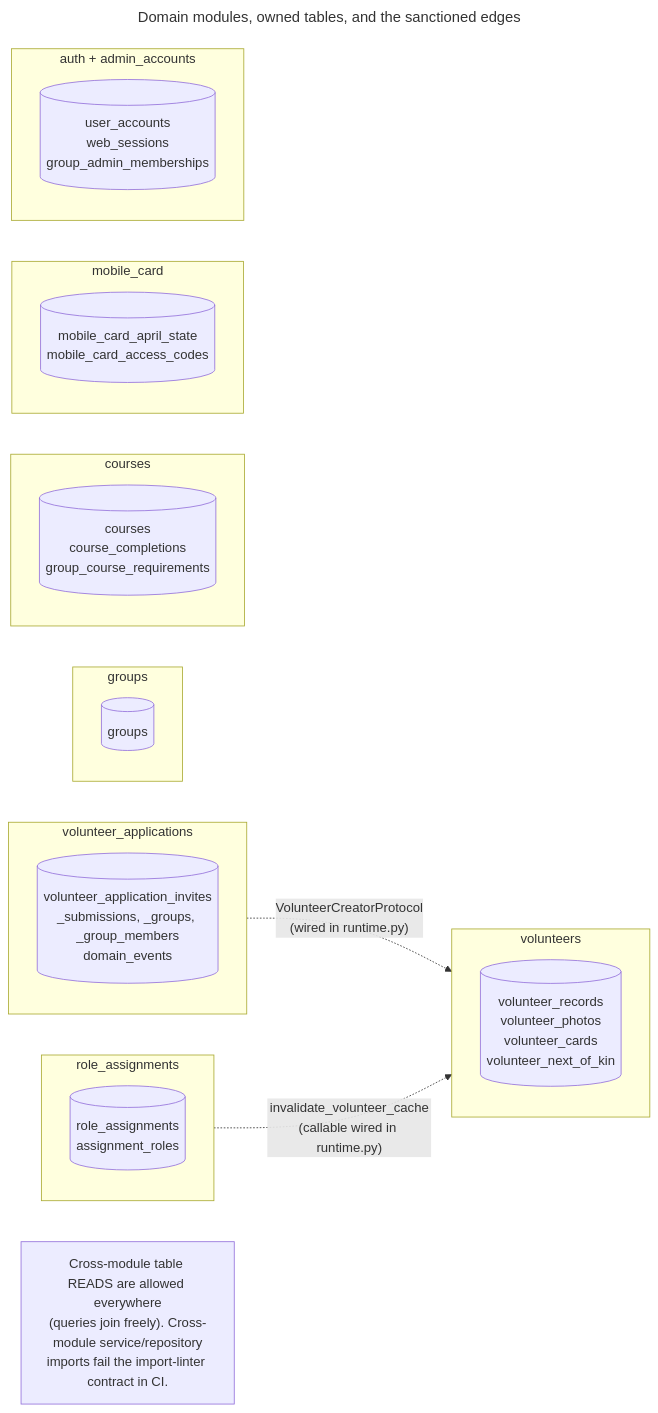
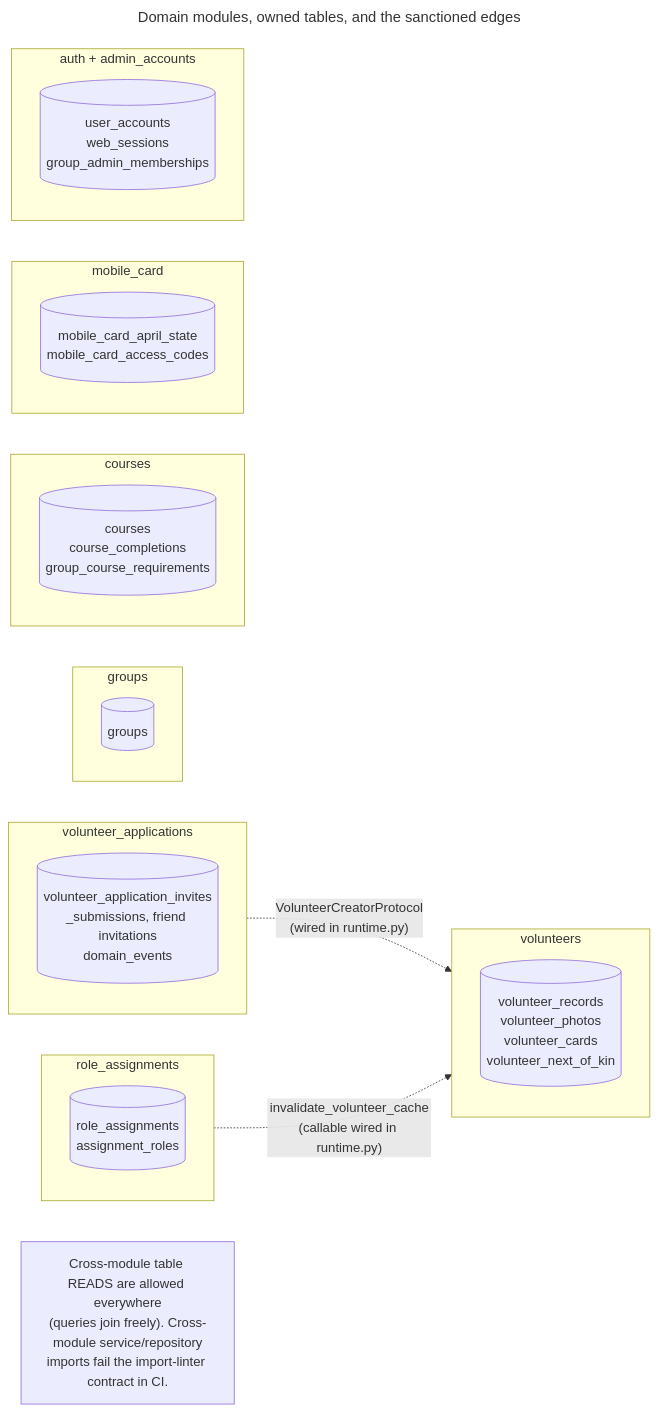
Before and after one commit to kvarteret/kvarteret-personal: the third of 3 diagrams in docs/explanation/kvarteret-personal-architecture.md, drawn with Mermaid. The commit also changed 53 other files, not shown here.

Commit message:
Replace group registrations with friend invitations

````diff
--- a/docs/explanation/kvarteret-personal-architecture.md
+++ b/docs/explanation/kvarteret-personal-architecture.md
@@ -116,32 +116,32 @@
 ```mermaid
 ---
 title: Domain modules, owned tables, and the sanctioned edges
 ---
 flowchart LR
     subgraph volunteers
         vTables[("volunteer_records\nvolunteer_photos\nvolunteer_cards\nvolunteer_next_of_kin")]
     end
     subgraph role_assignments
         raTables[("role_assignments\nassignment_roles")]
     end
     subgraph volunteer_applications
-        vaTables[("volunteer_application_invites\n_submissions, _groups, _group_members\ndomain_events")]
+        vaTables[("volunteer_application_invites\n_submissions, friend invitations\ndomain_events")]
     end
     subgraph groups
         gTables[("groups")]
     end
     subgraph courses
         cTables[("courses\ncourse_completions\ngroup_course_requirements")]
     end
     subgraph mobile_card
         mcTables[("mobile_card_april_state\nmobile_card_access_codes")]
     end
     subgraph auth_admin["auth + admin_accounts"]
         aTables[("user_accounts\nweb_sessions\ngroup_admin_memberships")]
     end
 
     volunteer_applications -. "VolunteerCreatorProtocol\n(wired in runtime.py)" .-> volunteers
     role_assignments -. "invalidate_volunteer_cache\n(callable wired in runtime.py)" .-> volunteers
 
     note["Cross-module table READS are allowed everywhere\n(queries join freely). Cross-module service/repository\nimports fail the import-linter contract in CI."]
 ```
````
